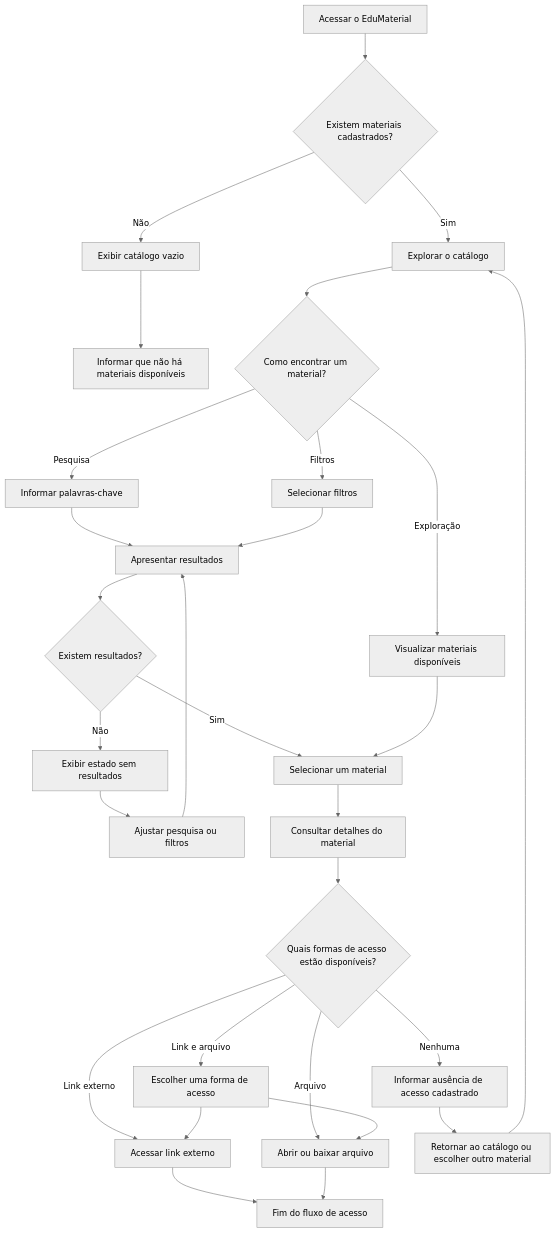
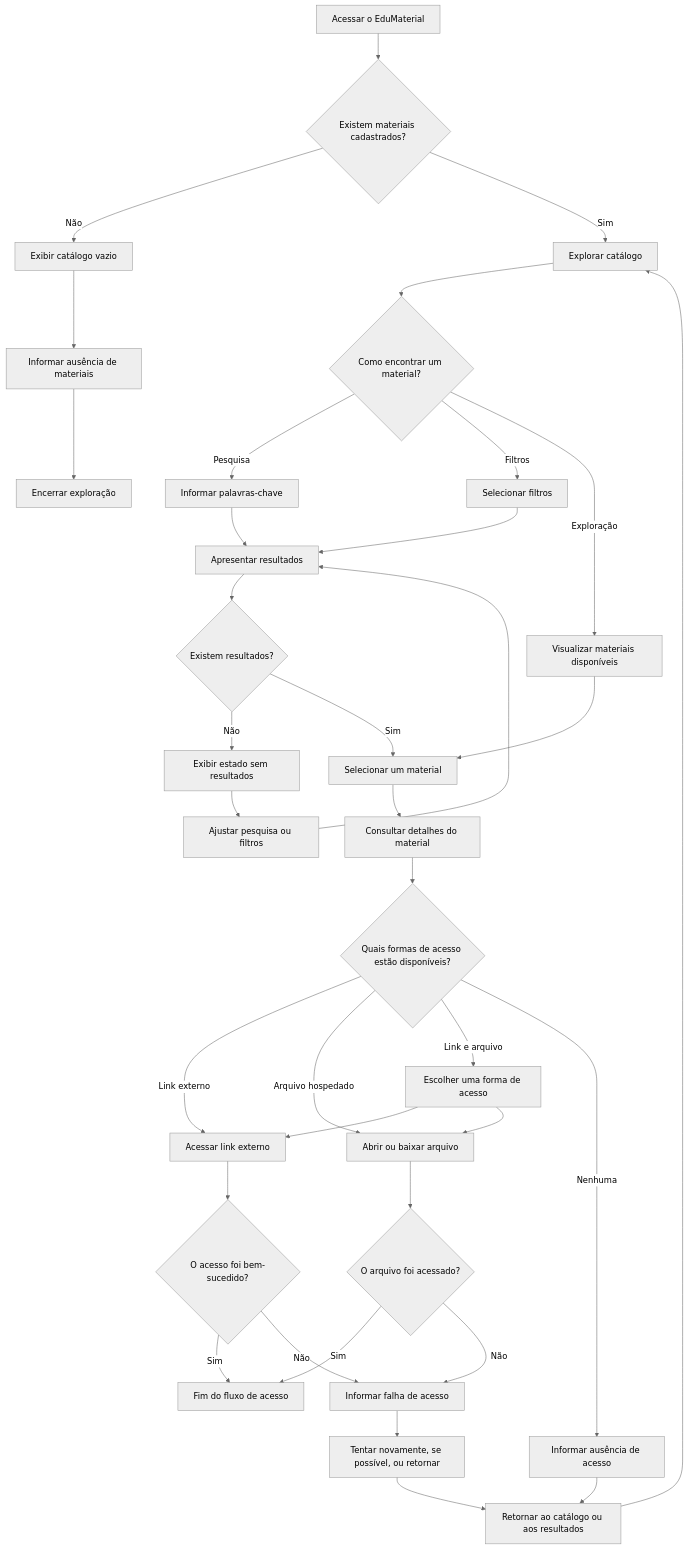
Before and after one commit to pedroalbuqu3rque/edumaterial_1: the diagram in docs/ux-ui/user-flow.md, drawn with Mermaid (neutral theme). The commit also changed other lines of this file, not shown here.

Commit message:
user-flow.md

````diff
--- a/docs/ux-ui/user-flow.md
+++ b/docs/ux-ui/user-flow.md
@@ -23,44 +34,50 @@
 ```mermaid
 flowchart TD
-    A[Acessar o EduMaterial] --> B{Existem materiais cadastrados?}
+    A["Acessar o EduMaterial"] --> B{"Existem materiais cadastrados?"}
 
-    B -->|Não| C[Exibir catálogo vazio]
-    C --> D[Informar que não há materiais disponíveis]
+    B -->|Não| C["Exibir catálogo vazio"]
+    C --> D["Informar ausência de materiais"]
+    D --> E["Encerrar exploração"]
 
-    B -->|Sim| E[Explorar o catálogo]
+    B -->|Sim| F["Explorar catálogo"]
 
-    E --> F{Como encontrar um material?}
+    F --> G{"Como encontrar um material?"}
+    G -->|Pesquisa| H["Informar palavras-chave"]
+    G -->|Filtros| I["Selecionar filtros"]
+    G -->|Exploração| J["Visualizar materiais disponíveis"]
 
-    F -->|Pesquisa| G[Informar palavras-chave]
-    F -->|Filtros| H[Selecionar filtros]
-    F -->|Exploração| I[Visualizar materiais disponíveis]
+    H --> K["Apresentar resultados"]
+    I --> K
 
-    G --> J[Apresentar resultados]
-    H --> J
+    K --> L{"Existem resultados?"}
+    L -->|Não| M["Exibir estado sem resultados"]
+    M --> N["Ajustar pesquisa ou filtros"]
+    N --> K
 
-    J --> K{Existem resultados?}
+    L -->|Sim| O["Selecionar um material"]
+    J --> O
 
-    K -->|Não| L[Exibir estado sem resultados]
-    L --> M[Ajustar pesquisa ou filtros]
-    M --> J
+    O --> P["Consultar detalhes do material"]
+    P --> Q{"Quais formas de acesso estão disponíveis?"}
 
-    K -->|Sim| N[Selecionar um material]
-    I --> N
+    Q -->|Link externo| R["Acessar link externo"]
+    Q -->|Arquivo hospedado| S["Abrir ou baixar arquivo"]
+    Q -->|Link e arquivo| T["Escolher uma forma de acesso"]
+    Q -->|Nenhuma| U["Informar ausência de acesso"]
 
-    N --> O[Consultar detalhes do material]
-    O --> P{Quais formas de acesso estão disponíveis?}
+    T --> R
+    T --> S
 
-    P -->|Link externo| Q[Acessar link externo]
-    P -->|Arquivo| R[Abrir ou baixar arquivo]
-    P -->|Link e arquivo| S[Escolher uma forma de acesso]
-    P -->|Nenhuma| T[Informar ausência de acesso cadastrado]
+    R --> V{"O acesso foi bem-sucedido?"}
+    S --> W{"O arquivo foi acessado?"}
 
-    S --> Q
-    S --> R
+    V -->|Sim| X["Fim do fluxo de acesso"]
+    V -->|Não| Y["Informar falha de acesso"]
+    W -->|Sim| X
+    W -->|Não| Y
 
-    Q --> U[Fim do fluxo de acesso]
-    R --> U
-
-    T --> V[Retornar ao catálogo ou escolher outro material]
-    V --> E
+    U --> Z["Retornar ao catálogo ou aos resultados"]
+    Y --> AA["Tentar novamente, se possível, ou retornar"]
+    AA --> Z
+    Z --> F
 ```
````
